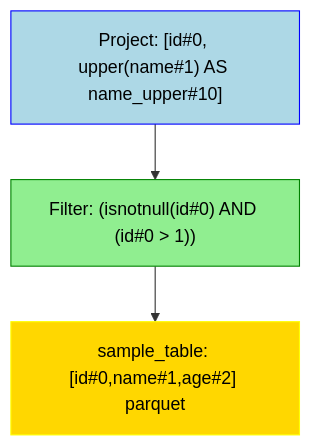
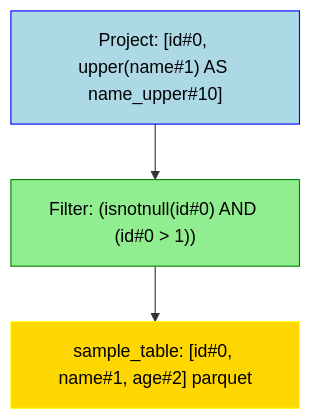
The diagram in sample_project/run/visualization/sample_table_prepped.mmd (NielkNetraam/explainalyzed), drawn with Mermaid before and after one commit. The commit also changed 31 other files, not shown here.

```diff
--- a/sample_project/run/visualization/sample_table_prepped.mmd
+++ b/sample_project/run/visualization/sample_table_prepped.mmd
@@ -1,14 +1,14 @@
 flowchart TD
     classDef PROJECT stroke:Blue,fill:LightBlue,color:black
     classDef FILTER stroke:Green,fill:LightGreen,color:black
     classDef UNION stroke:Purple,fill:Violet,color:black
     classDef JOIN stroke:DarkOrange,fill:Orange,color:black
     classDef RELATION stroke:Yellow,fill:Gold,color:black
     classDef AGGREGATE stroke:Brown,fill:Chocolate,color:black
 
     Project#1["Project: [id#0, upper(name#1) AS name_upper#10]"]:::PROJECT
     Filter#11["Filter: (isnotnull(id#0) AND (id#0 > 1))"]:::FILTER
-    Relation#111["sample_table: [id#0,name#1,age#2] parquet"]:::RELATION
+    Relation#111["sample_table: [id#0, name#1, age#2] parquet"]:::RELATION
 
     Project#1 --> Filter#11
         Filter#11 --> Relation#111
```
